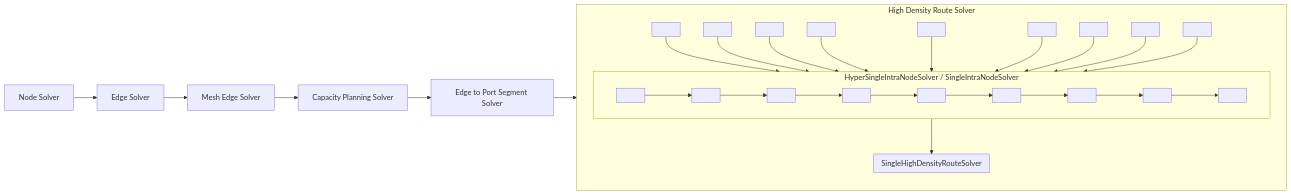
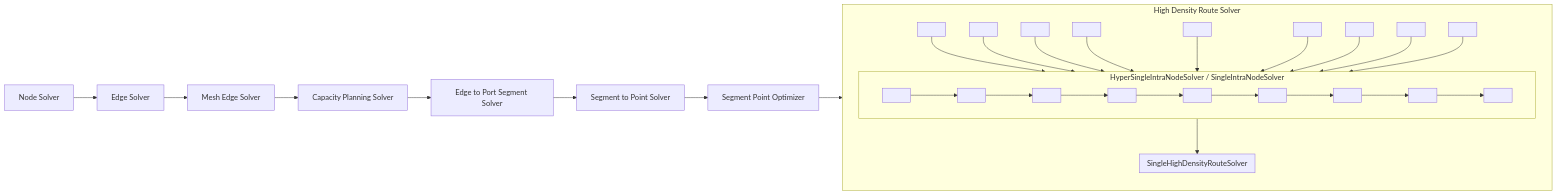
The diagram in README.md (tscircuit/unravel-autorouter), drawn with Mermaid before and after one commit. The commit also changed other lines of this file, not shown here.

Commit message:
add segment point optimizer

````diff
--- a/README.md
+++ b/README.md
@@ -119,26 +119,28 @@
 ```mermaid
 flowchart LR
     subgraph HDR[High Density Route Solver]
         T1[ ] & T2[ ] & T3[ ] & T4[ ] & T5[ ] & T6[ ] & T7[ ] & T8[ ] & T9[ ]
         subgraph IS[HyperSingleIntraNodeSolver / SingleIntraNodeSolver]
             N1[ ] --> N2[ ]
             N2 --> N3[ ]
             N3 --> N4[ ]
             N4 --> N5[ ]
             N5 --> N6[ ]
             N6 --> N7[ ]
             N7 --> N8[ ]
             N8 --> N9[ ]
         end
         subgraph SHDR[SingleHighDensityRouteSolver]
         end
         T1 & T2 & T3 & T4 & T5 & T6 & T7 & T8 & T9 --> IS
         IS --> SHDR
     end
 
     NS[Node Solver] --> ES[Edge Solver]
     ES --> MES[Mesh Edge Solver]
     MES --> CPS[Capacity Planning Solver]
     CPS --> EPSS[Edge to Port Segment Solver]
-    EPSS --> HDR
+    EPSS --> S2P[Segment to Point Solver]
+    S2P --> SPO[Segment Point Optimizer]
+    SPO --> HDR
 ```
````
